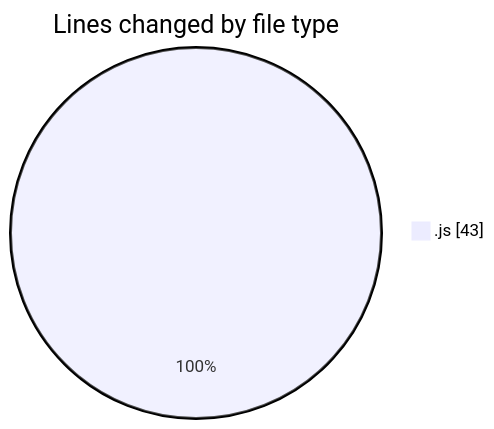
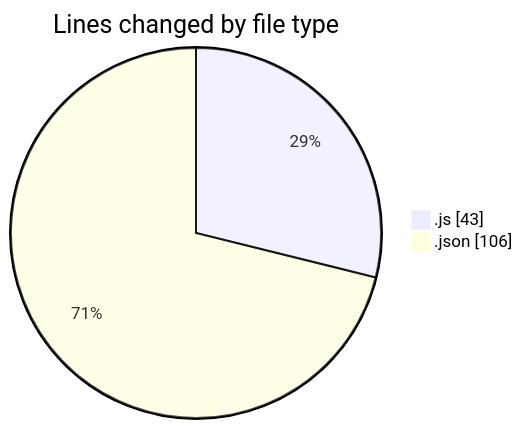
The first of 2 diagrams in 2026-08-02/zhenhe-internet-hospital-patient-terminal/README.md (yexinjia/code-tracking), drawn with Mermaid before and after one commit. The commit also changed other lines of this file and 1 other file, not shown here.

````diff
--- a/2026-08-02/zhenhe-internet-hospital-patient-terminal/README.md
+++ b/2026-08-02/zhenhe-internet-hospital-patient-terminal/README.md
@@ -20,5 +21,6 @@
 ```mermaid
 pie showData
 title Lines changed by file type
 ".js" : 43
+".json" : 106
 ```
````
